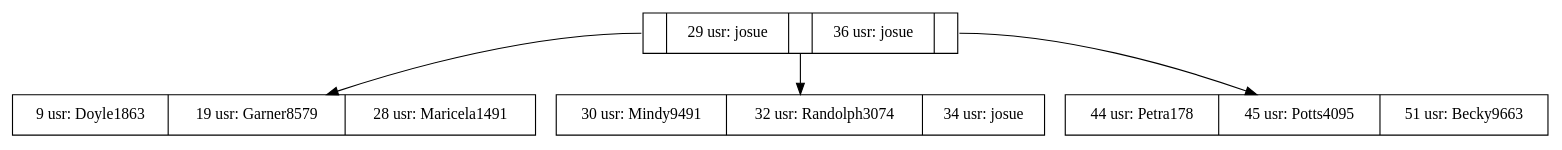
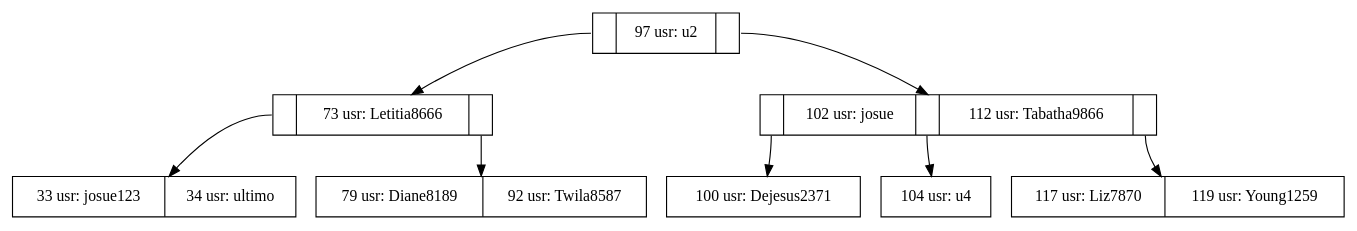
The diagram in archivos/Btree.dot (Ijosuer/EDD_2S_BatallaNaval_202000895), drawn with Graphviz before and after one commit. The commit also changed 115 other files, not shown here.

```diff
--- a/archivos/Btree.dot
+++ b/archivos/Btree.dot
@@ -1,12 +1,20 @@
 digraph G {
 node[shape=record]
 		//Agregar Nodos Rama
-R0x5652751c2590[label="<C1>|29 usr: josue|<C2>|36 usr: josue|<C3>"];
-R0x5652751c3900[label="9 usr: Doyle1863|19 usr: Garner8579|28 usr: Maricela1491"];
-R0x5652751da1e0[label="30 usr: Mindy9491|32 usr: Randolph3074|34 usr: josue"];
-R0x5652751c37a0[label="44 usr: Petra178|45 usr: Potts4095|51 usr: Becky9663"];
+R0x56391cfcbef0[label="<C1>|97 usr: u2|<C2>"];
+R0x56391cfdedc0[label="<C1>|73 usr: Letitia8666|<C2>"];
+R0x7f66540024f0[label="33 usr: josue123|34 usr: ultimo"];
+R0x56391cfdec60[label="79 usr: Diane8189|92 usr: Twila8587"];
+R0x56391cfcbfa0[label="<C1>|102 usr: josue|<C2>|112 usr: Tabatha9866|<C3>"];
+R0x56391cfe61f0[label="100 usr: Dejesus2371"];
+R0x56391cfcdf90[label="104 usr: u4"];
+R0x56391cfcc2b0[label="117 usr: Liz7870|119 usr: Young1259"];
 		//Agregar conexiones
-R0x5652751c2590:C1->R0x5652751c3900;
-R0x5652751c2590:C2->R0x5652751da1e0;
-R0x5652751c2590:C3->R0x5652751c37a0;
+R0x56391cfcbef0:C1->R0x56391cfdedc0;
+R0x56391cfdedc0:C1->R0x7f66540024f0;
+R0x56391cfdedc0:C2->R0x56391cfdec60;
+R0x56391cfcbef0:C2->R0x56391cfcbfa0;
+R0x56391cfcbfa0:C1->R0x56391cfe61f0;
+R0x56391cfcbfa0:C2->R0x56391cfcdf90;
+R0x56391cfcbfa0:C3->R0x56391cfcc2b0;
 }
```
